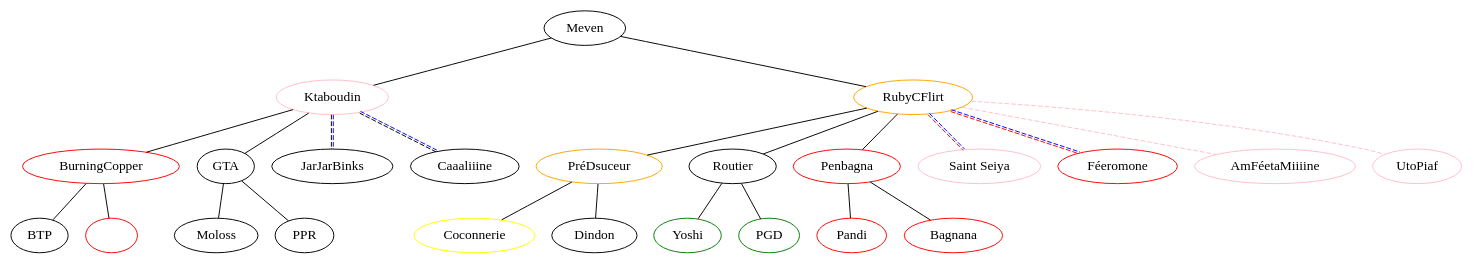
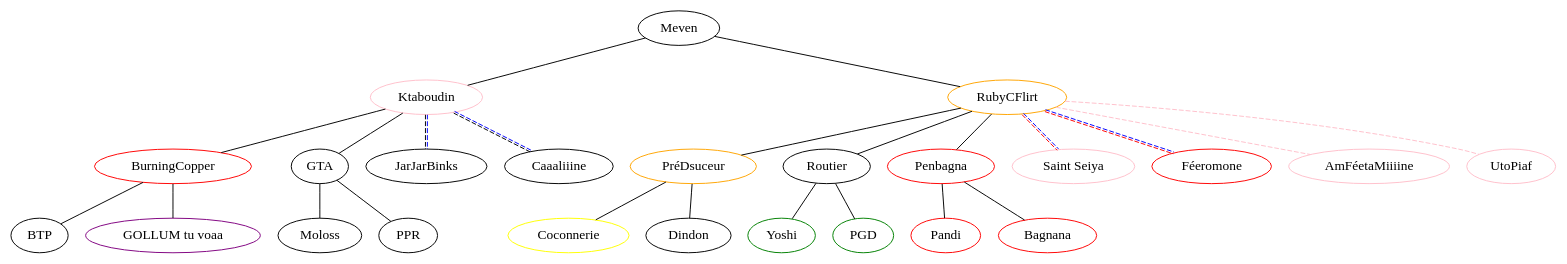
One commit to mevouc/fal-mily changed the diagram in graph.dot. Above: the diagram before and after it, drawn with Graphviz.

Commit message:
graph: Update Vianney's name and discipline

```diff
--- a/graph.dot
+++ b/graph.dot
@@ -1,65 +1,65 @@
 graph Falmily {
     // list of names
     meven [label="Meven", fillcolor="blue:black"]; // IPP
       alix [label="Ktaboudin", color="pink", shape=ellipse] // Paramed
         iris [label="BurningCopper", color="red"]; // Droit
           lisa [label="BTP", fillcolor="white"]; // BTS
-          lautre [label="", color="red", shape=ellipse]; // TODO
+          vianney [label="GOLLUM tu voaa", color="purple", shape=ellipse]; // Dentaire
         camille [label="GTA", fillcolor="blue:black"]; // IPP
           julien [label="Moloss", fillcolor="blue:black"]; // IPP
           chabal [label="PPR", fillcolor="blue:black"]; // IPP
         // Adoption IPP
         maxime [label="JarJarBinks", fillcolor="blue:black"]; // IPP
         lily [label="Caaaliiine", fillcolor="blue:black"]; // IPP
       chris [label="RubyCFlirt", color="orange"]; // Gestion
         lucas [label="PréDsuceur", color="orange"]; // DCG
           coralie [label="Coconnerie", color="yellow"]; // Psycho
           guillaume [label="Dindon", fillcolor="blue:black"]; // Ingé
         louise [label="Routier", fillcolor="blue:black"]; // Ingé
           katia [label="Yoshi", color="green", shape=ellipse] // Pharma
           antoine [label="PGD", color="green", shape=ellipse] // Pharma
         tiffany [label="Penbagna", color="red", shape=ellipse] // Médecine
           pandi [label="Pandi", color="red", shape=ellipse] // Médecine
           bagnagna [label="Bagnana", color="red"]; // Droit
         // Adoption Paris
         lilo [label="Saint Seiya", color="pink", shape=ellipse] // Paramed
         benoit [label="Féeromone", color="red", fillcolor="green:red"]; // IF
         // Adoption rose
         anouchka [label="AmFéetaMiiiine", color="pink", shape=ellipse] // Paramed
         laetitia [label="UtoPiaf", color="pink", shape=ellipse] // Paramed
     
     
     /*
     ** List of patronage links
     */
 
     // Alix's branch
     meven -- alix;
       alix -- iris;
         iris -- lisa;
-        iris -- lautre;
+        iris -- vianney;
       alix -- camille;
         camille -- julien;
         camille -- chabal;
       // Adoption IPP
       alix -- maxime [style=dashed, color="black:blue"];
       alix -- lily [style=dashed, color="black:blue"];
 
     // Chris' branch
     meven -- chris;
         chris -- lucas;
           lucas -- coralie;
           lucas -- guillaume;
         chris -- louise;
           louise -- katia;
           louise -- antoine;
         chris -- tiffany;
           tiffany -- pandi;
           tiffany -- bagnagna;
       // Adoption Paris
       chris -- lilo [style=dashed, color="red:blue"];
       chris -- benoit [style=dashed, color="red:blue"];
       // Adoption rose
       chris -- anouchka [style=dashed, color="pink"];
       chris -- laetitia [style=dashed, color="pink"];
 }
```
